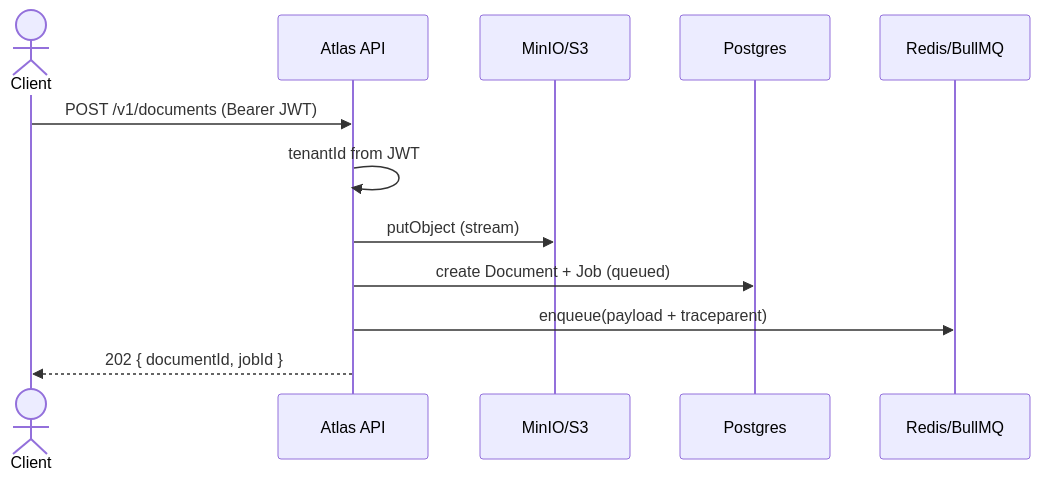
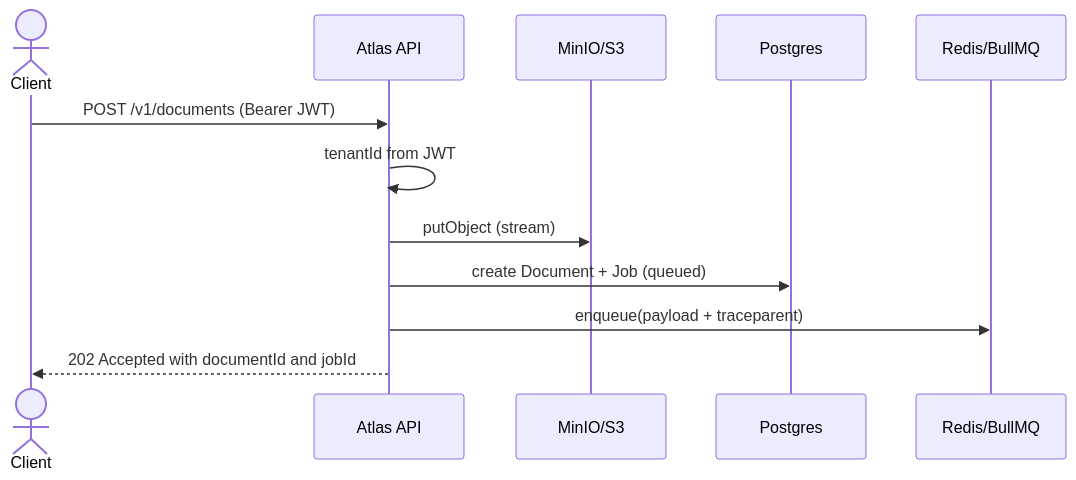
Before and after one commit to EBay1992/atlas: the first of 4 diagrams in docs/architecture/sequence-diagrams.md, drawn with Mermaid. The commit also changed other lines of this file and 3 other files, not shown here.

First line of the commit message:
docs: fix Mermaid diagrams for GitHub rendering

````diff
--- a/docs/architecture/sequence-diagrams.md
+++ b/docs/architecture/sequence-diagrams.md
@@ -5,15 +5,15 @@
 ```mermaid
 sequenceDiagram
   actor Client
   participant API as Atlas API
   participant S3 as MinIO/S3
   participant DB as Postgres
   participant Q as Redis/BullMQ
 
   Client->>API: POST /v1/documents (Bearer JWT)
   API->>API: tenantId from JWT
   API->>S3: putObject (stream)
   API->>DB: create Document + Job (queued)
   API->>Q: enqueue(payload + traceparent)
-  API-->>Client: 202 { documentId, jobId }
+  API-->>Client: 202 Accepted with documentId and jobId
 ```
````
